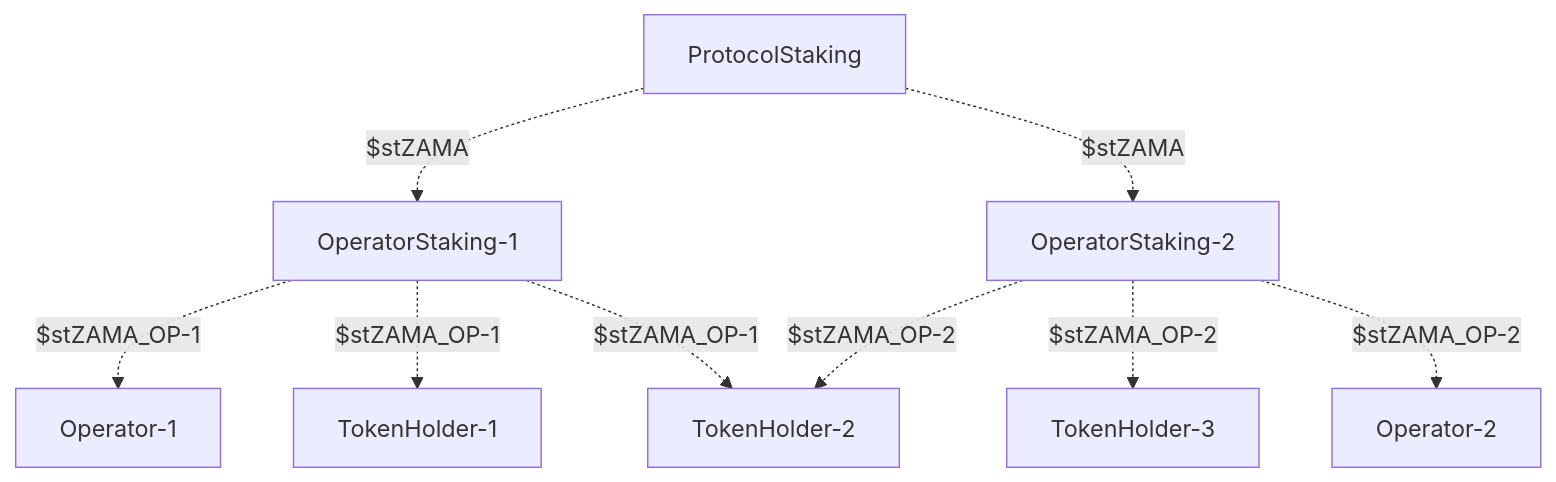
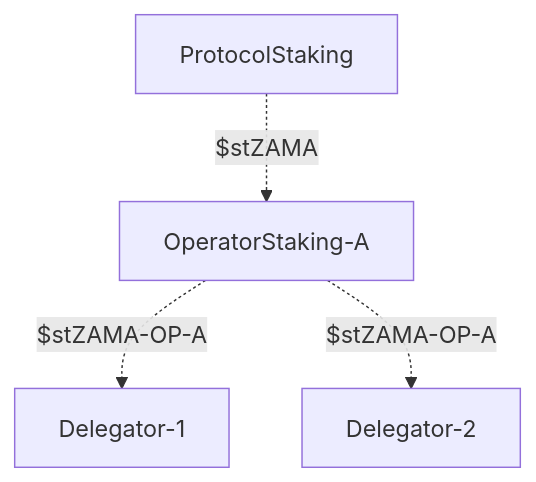
The third of 5 diagrams in staking.md (zama-ai/protocol-apps), drawn with Mermaid before and after one commit. The commit also changed other lines of this file and 3 other files, not shown here.

````diff
--- a/staking.md
+++ b/staking.md
@@ -64,16 +45,6 @@
 ```mermaid
-
-
 flowchart TB
-
-    ProtocolStaking -. $stZAMA .-> OperatorStaking-1
-    ProtocolStaking -. $stZAMA .-> OperatorStaking-2
-
-    OperatorStaking-1 -. $stZAMA_OP-1 .-> Operator-1
-    OperatorStaking-1 -. $stZAMA_OP-1 .-> TokenHolder-1
-    OperatorStaking-1 -. $stZAMA_OP-1 .-> TokenHolder-2
-
-    OperatorStaking-2 -. $stZAMA_OP-2 .-> TokenHolder-2
-    OperatorStaking-2 -. $stZAMA_OP-2 .-> TokenHolder-3
-    OperatorStaking-2 -. $stZAMA_OP-2 .-> Operator-2
+    ProtocolStaking -. $stZAMA .-> OperatorStaking-A
+    OperatorStaking-A -. $stZAMA-OP-A .-> Delegator-1
+    OperatorStaking-A -. $stZAMA-OP-A .-> Delegator-2
 ```
````
